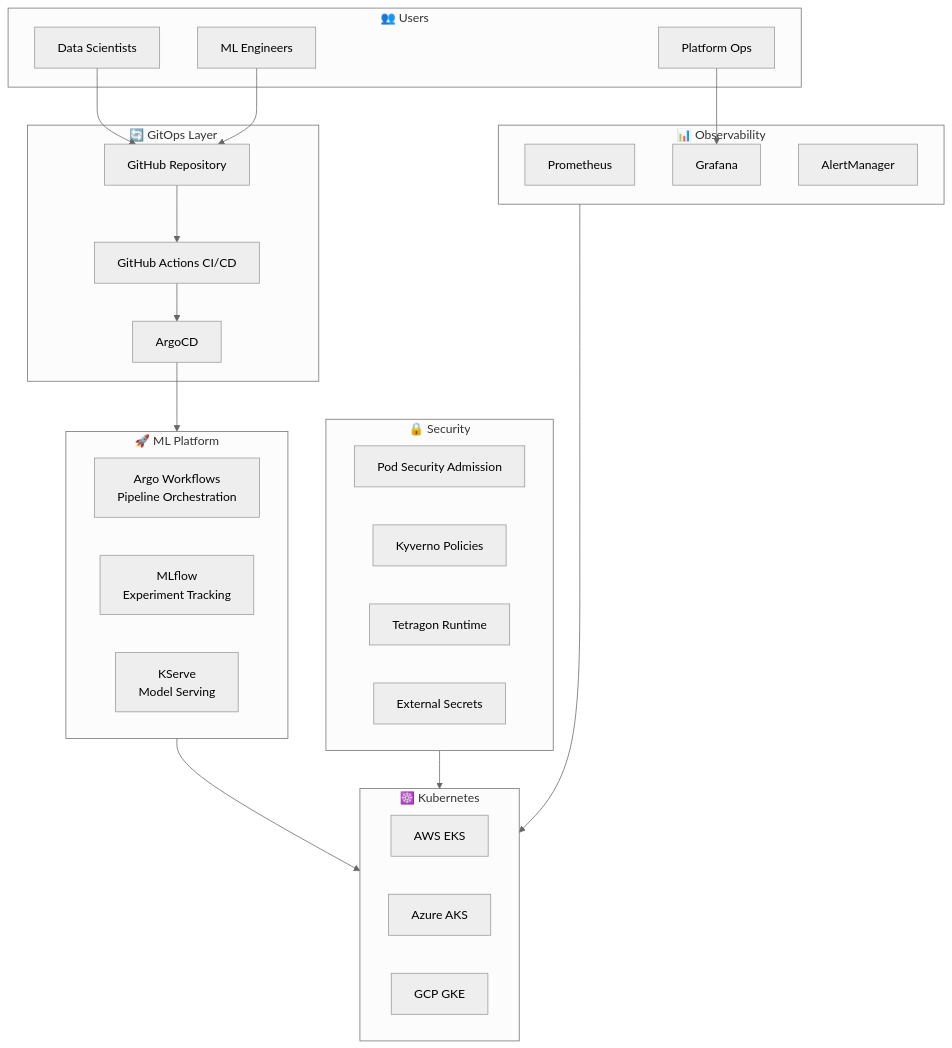
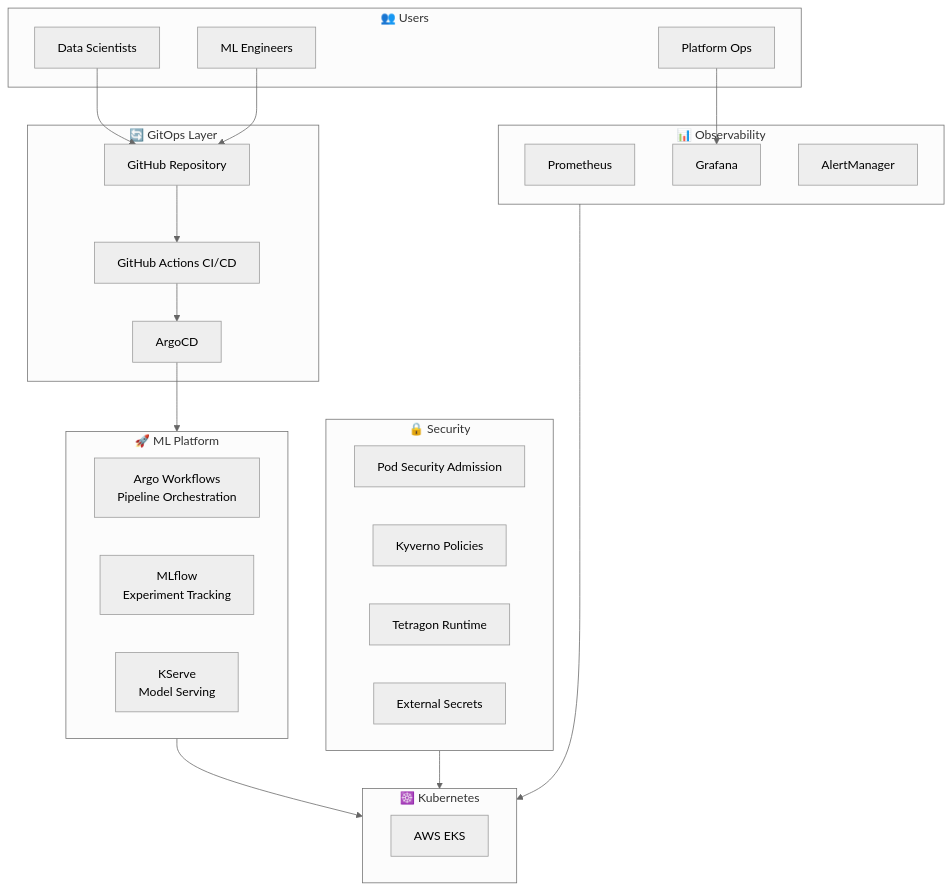
The first of 4 diagrams in README.md (judeoyovbaire/mlops-platform), drawn with Mermaid (neutral theme) before and after one commit. The commit also changed other lines of this file and 155 other files, not shown here.

First line of the commit message:
refactor!: remove Azure and GCP (ADR-017, JDH-407)

````diff
--- a/README.md
+++ b/README.md
@@ -66,49 +57,47 @@
 ```mermaid
 graph TB
     subgraph Users["👥 Users"]
         DS[Data Scientists]
         ML[ML Engineers]
         OPS[Platform Ops]
     end
 
     subgraph GitOps["🔄 GitOps Layer"]
         GH[GitHub Repository]
         CICD[GitHub Actions CI/CD]
         ARGOCD[ArgoCD]
     end
 
     subgraph Platform["🚀 ML Platform"]
         ARGO[Argo Workflows<br/>Pipeline Orchestration]
         MLFLOW[MLflow<br/>Experiment Tracking]
         KSERVE[KServe<br/>Model Serving]
     end
 
     subgraph Security["🔒 Security"]
         PSA[Pod Security Admission]
         KYVERNO[Kyverno Policies]
         TETRAGON[Tetragon Runtime]
         EXTSEC[External Secrets]
     end
 
     subgraph Observability["📊 Observability"]
         PROM[Prometheus]
         GRAF[Grafana]
         ALERTS[AlertManager]
     end
 
     subgraph K8s["☸️ Kubernetes"]
         EKS[AWS EKS]
-        AKS[Azure AKS]
-        GKE[GCP GKE]
     end
 
     DS --> GH
     ML --> GH
     GH --> CICD
     CICD --> ARGOCD
     ARGOCD --> Platform
     Platform --> K8s
     Security --> K8s
     Observability --> K8s
     OPS --> GRAF
 ```
````
